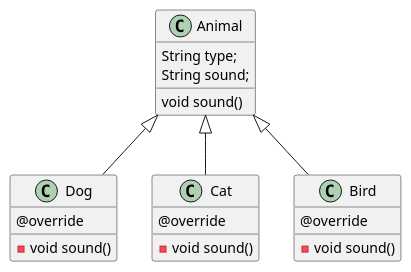
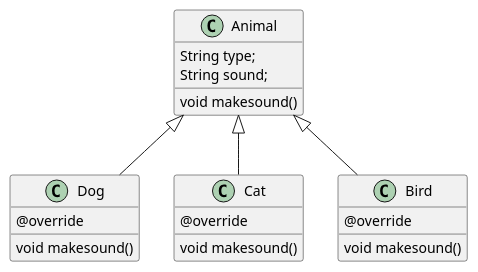
Before and after one commit to orm-camp-flutter-2ki/learn_dart_together: the diagram in lib/240312/Animal_diagram.puml, drawn with PlantUML. The commit also changed 3 other files, not shown here.

```diff
--- a/lib/240312/Animal_diagram.puml
+++ b/lib/240312/Animal_diagram.puml
@@ -1,23 +1,21 @@
 @startuml
 class Animal {
     String type;
     String sound;
 
-void sound()
+void makesound()
 }
 class Dog extends Animal {
 @override
--void sound()
-
-' Dog dog = Dog('포유류', '멍멍');
+void makesound()
 
 }
 class Cat extends Animal{
 @override
--void sound()
+void makesound()
 }
 class Bird extends Animal{
 @override
--void sound()
+void makesound()
 }
 @enduml
```
